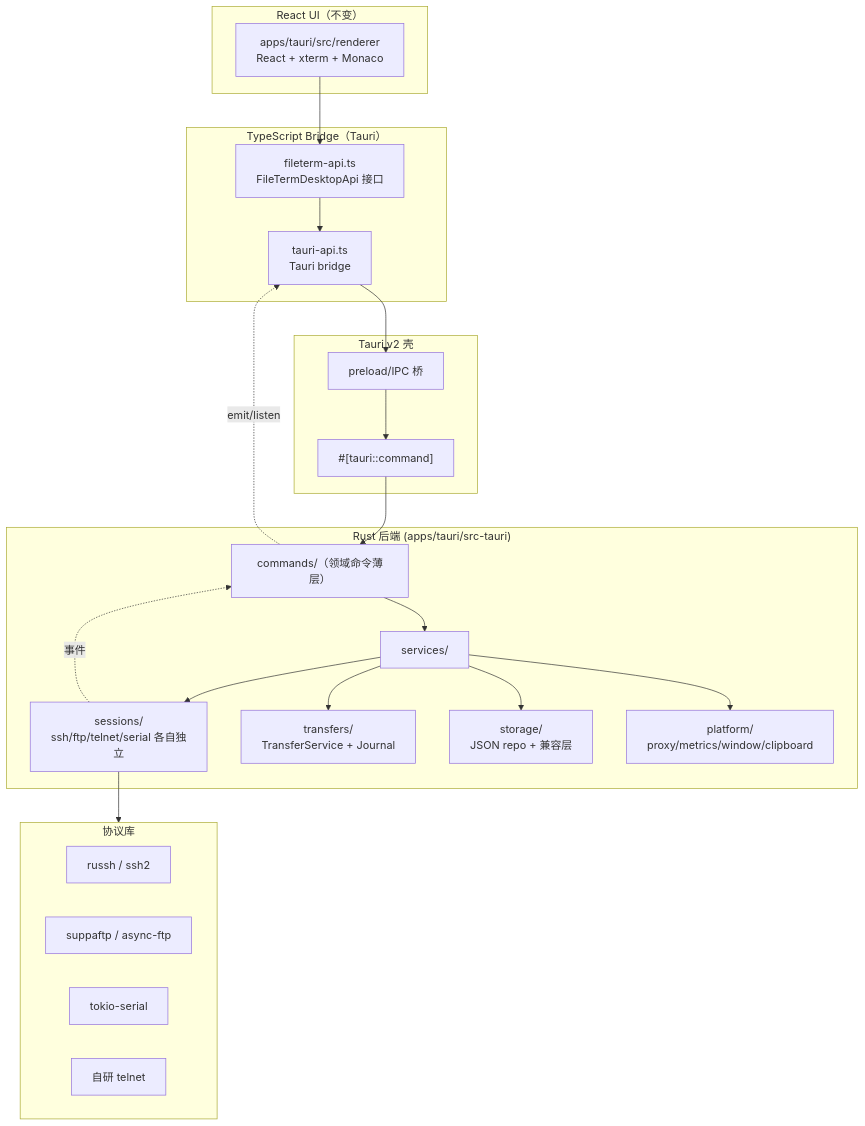
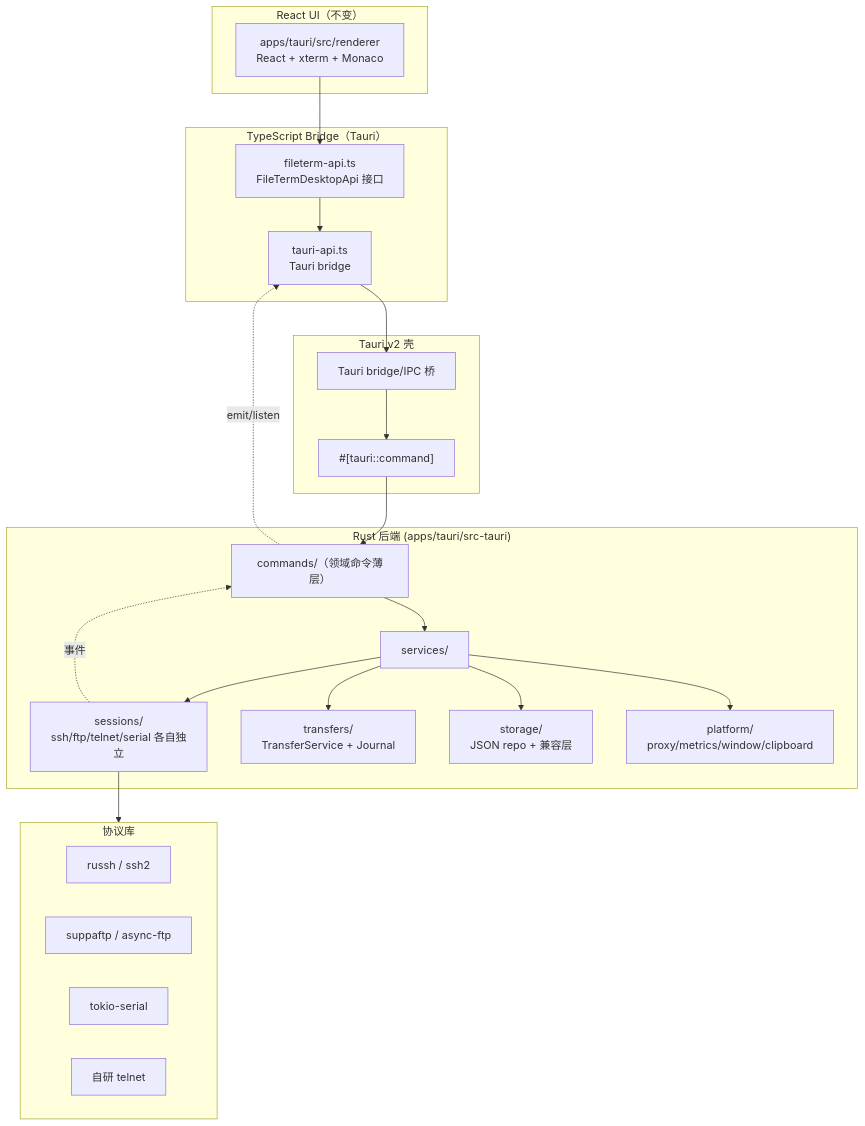
Before and after one commit to St0ff3l/fileterm: the first of 7 diagrams in docs/plans/completed/rust-backend-migration-plan.md, drawn with Mermaid. The commit also changed other lines of this file and 72 other files, not shown here.

````diff
--- a/docs/plans/completed/rust-backend-migration-plan.md
+++ b/docs/plans/completed/rust-backend-migration-plan.md
@@ -158,37 +142,37 @@
 ```mermaid
 graph TB
   subgraph Renderer["React UI（不变）"]
     UI["apps/tauri/src/renderer<br/>React + xterm + Monaco"]
   end
   subgraph Bridge["TypeScript Bridge（Tauri）"]
     FA["fileterm-api.ts<br/>FileTermDesktopApi 接口"]
     TA["tauri-api.ts<br/>Tauri bridge"]
   end
   subgraph TauriShell["Tauri v2 壳"]
-    TPRE["preload/IPC 桥"]
+    TPRE["Tauri bridge/IPC 桥"]
     TCMD["#[tauri::command]"]
   end
   subgraph RustBackend["Rust 后端 (apps/tauri/src-tauri)"]
     CMD["commands/（领域命令薄层）"]
     SVC["services/"]
     SESS["sessions/<br/>ssh/ftp/telnet/serial 各自独立"]
     TRF["transfers/<br/>TransferService + Journal"]
     STO["storage/<br/>JSON repo + 兼容层"]
     PLT["platform/<br/>proxy/metrics/window/clipboard"]
   end
   subgraph Native["协议库"]
     RUS["russh / ssh2"]
     FTP["suppaftp / async-ftp"]
     SER["tokio-serial"]
     TEL["自研 telnet"]
   end
   UI --> FA
   FA --> TA
   TA --> TPRE --> TCMD --> CMD
   CMD --> SVC
   SVC --> SESS --> Native
   SVC --> TRF
   SVC --> STO
   SVC --> PLT
   SESS -.事件.-> CMD -.emit/listen.-> TA
 ```
````
